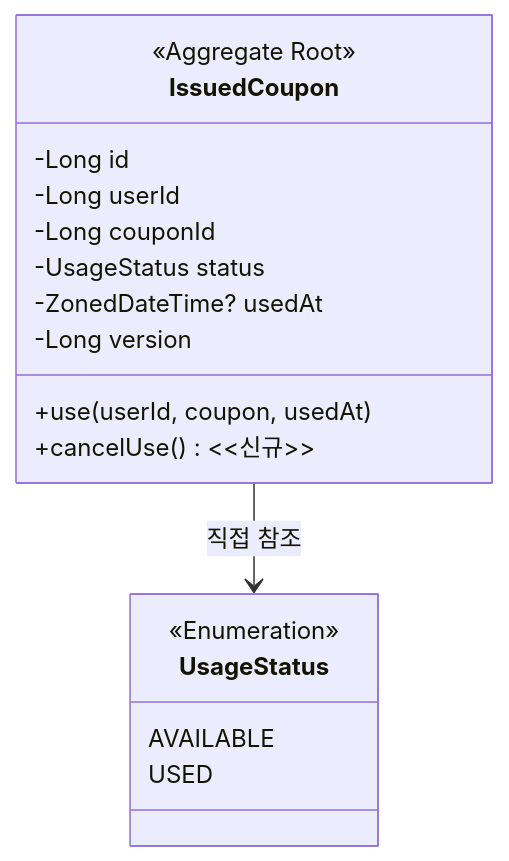
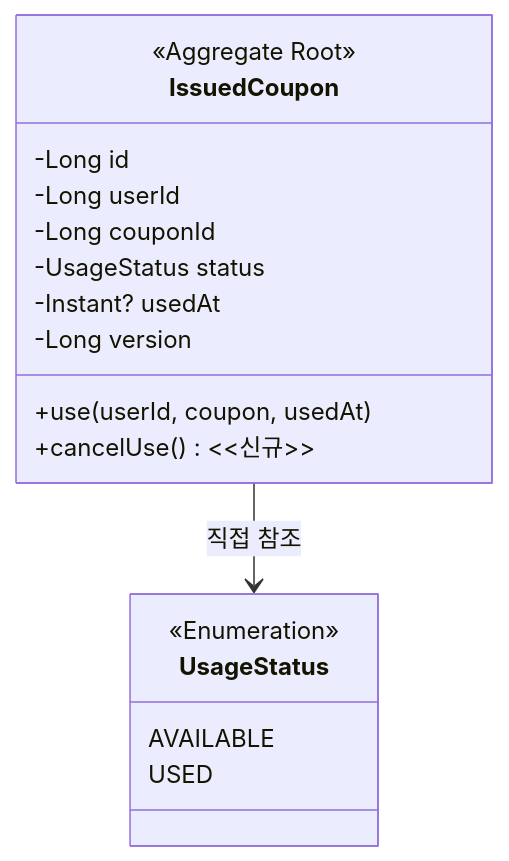
The sixth of 7 diagrams in docs/specs/도메인_모델링_문서_PG연동_Resilience.md (Loopers-dev-lab/loopers-spring-kotlin-template), drawn with Mermaid before and after one commit. The commit also changed other lines of this file and 2 other files, not shown here.

````diff
--- a/docs/specs/도메인_모델링_문서_PG연동_Resilience.md
+++ b/docs/specs/도메인_모델링_문서_PG연동_Resilience.md
@@ -204,22 +342,22 @@
 ```mermaid
 classDiagram
     class IssuedCoupon {
         <<Aggregate Root>>
         -Long id
         -Long userId
         -Long couponId
         -UsageStatus status
-        -ZonedDateTime? usedAt
+        -Instant? usedAt
         -Long version
         +use(userId, coupon, usedAt)
         +cancelUse() <<신규>>
     }
 
     class UsageStatus {
         <<Enumeration>>
         AVAILABLE
         USED
     }
 
     IssuedCoupon --> UsageStatus : 직접 참조
 ```
````
